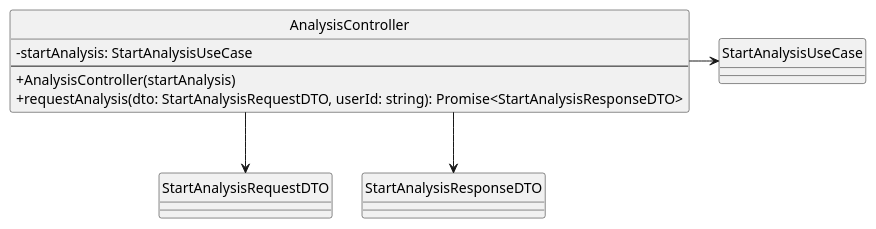
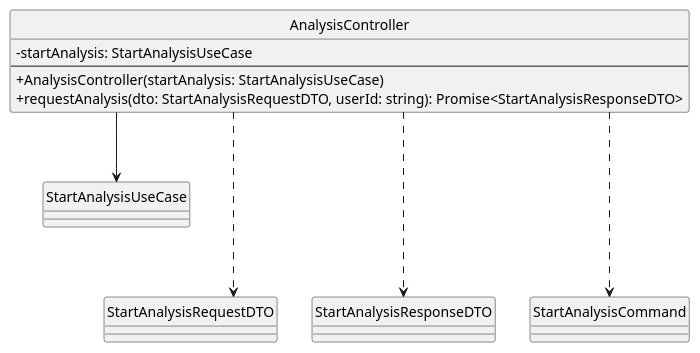
Before and after one commit to SkarabGroup/DocumentazioneProgetto: the diagram in assets/st_diagrams/code/plantuml/analysis/presentation/controllers/analysis.controller.plantuml, drawn with PlantUML. The commit also changed 20 other files, not shown here.

```diff
--- a/assets/st_diagrams/code/plantuml/analysis/presentation/controllers/analysis.controller.plantuml
+++ b/assets/st_diagrams/code/plantuml/analysis/presentation/controllers/analysis.controller.plantuml
@@ -1,19 +1,20 @@
 @startuml AnalysisController
 skinparam componentStyle uml2.5
 skinparam linetype ortho
-skinparam nodesep 30
-skinparam ranksep 30
+skinparam nodesep auto
+skinparam ranksep 70
 skinparam ClassAttributeIconSize 0
 hide circles
 
 class AnalysisController {
     - startAnalysis: StartAnalysisUseCase
     ---
-    + AnalysisController(startAnalysis)
+    + AnalysisController(startAnalysis: StartAnalysisUseCase)
     + requestAnalysis(dto: StartAnalysisRequestDTO, userId: string): Promise<StartAnalysisResponseDTO>
 }
 
-AnalysisController --right-> StartAnalysisUseCase
-AnalysisController --down-> StartAnalysisRequestDTO
-AnalysisController --down-> StartAnalysisResponseDTO
+AnalysisController --> StartAnalysisUseCase
+AnalysisController ..down-> StartAnalysisRequestDTO
+AnalysisController ..down-> StartAnalysisResponseDTO
+AnalysisController ..down-> StartAnalysisCommand
 @enduml
```
